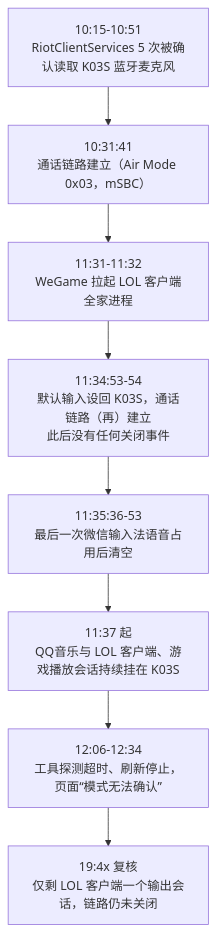
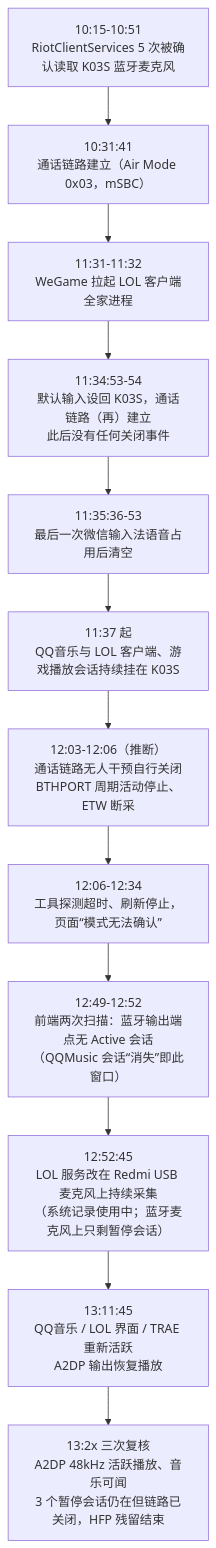
Before and after one commit to andy-JustSayWhen/fix-Bluetooth-earphone-audio-problem: the diagram in knowledge/wiki/蓝牙音频设备进入HFP模式的原因.md, drawn with Mermaid. The commit also changed other lines of this file, not shown here.

Commit message:
docs(knowledge): clarify QQMusic transient Inactive session vs dropped session in C11

````diff
--- a/knowledge/wiki/蓝牙音频设备进入HFP模式的原因.md
+++ b/knowledge/wiki/蓝牙音频设备进入HFP模式的原因.md
@@ -312,10 +331,14 @@
 ```mermaid
 flowchart TD
     A["10:15-10:51<br/>RiotClientServices 5 次被确认读取 K03S 蓝牙麦克风"] --> B["10:31:41<br/>通话链路建立（Air Mode 0x03，mSBC）"]
     B --> C["11:31-11:32<br/>WeGame 拉起 LOL 客户端全家进程"]
     C --> D["11:34:53-54<br/>默认输入设回 K03S，通话链路（再）建立<br/>此后没有任何关闭事件"]
     D --> E["11:35:36-53<br/>最后一次微信输入法语音占用后清空"]
     E --> F["11:37 起<br/>QQ音乐与 LOL 客户端、游戏播放会话持续挂在 K03S"]
-    F --> G["12:06-12:34<br/>工具探测超时、刷新停止，页面“模式无法确认”"]
-    G --> H["19:4x 复核<br/>仅剩 LOL 客户端一个输出会话，链路仍未关闭"]
+    F --> G["12:03-12:06（推断）<br/>通话链路无人干预自行关闭<br/>BTHPORT 周期活动停止、ETW 断采"]
+    G --> G2["12:06-12:34<br/>工具探测超时、刷新停止，页面“模式无法确认”"]
+    G2 --> G3["12:49-12:52<br/>前端两次扫描：蓝牙输出端点无 Active 会话<br/>（QQMusic 会话“消失”即此窗口）"]
+    G3 --> H["12:52:45<br/>LOL 服务改在 Redmi USB 麦克风上持续采集<br/>（系统记录使用中；蓝牙麦克风上只剩暂停会话）"]
+    H --> I["13:11:45<br/>QQ音乐 / LOL 界面 / TRAE 重新活跃<br/>A2DP 输出恢复播放"]
+    I --> J["13:2x 三次复核<br/>A2DP 48kHz 活跃播放、音乐可闻<br/>3 个暂停会话仍在但链路已关闭，HFP 残留结束"]
 ```
````
